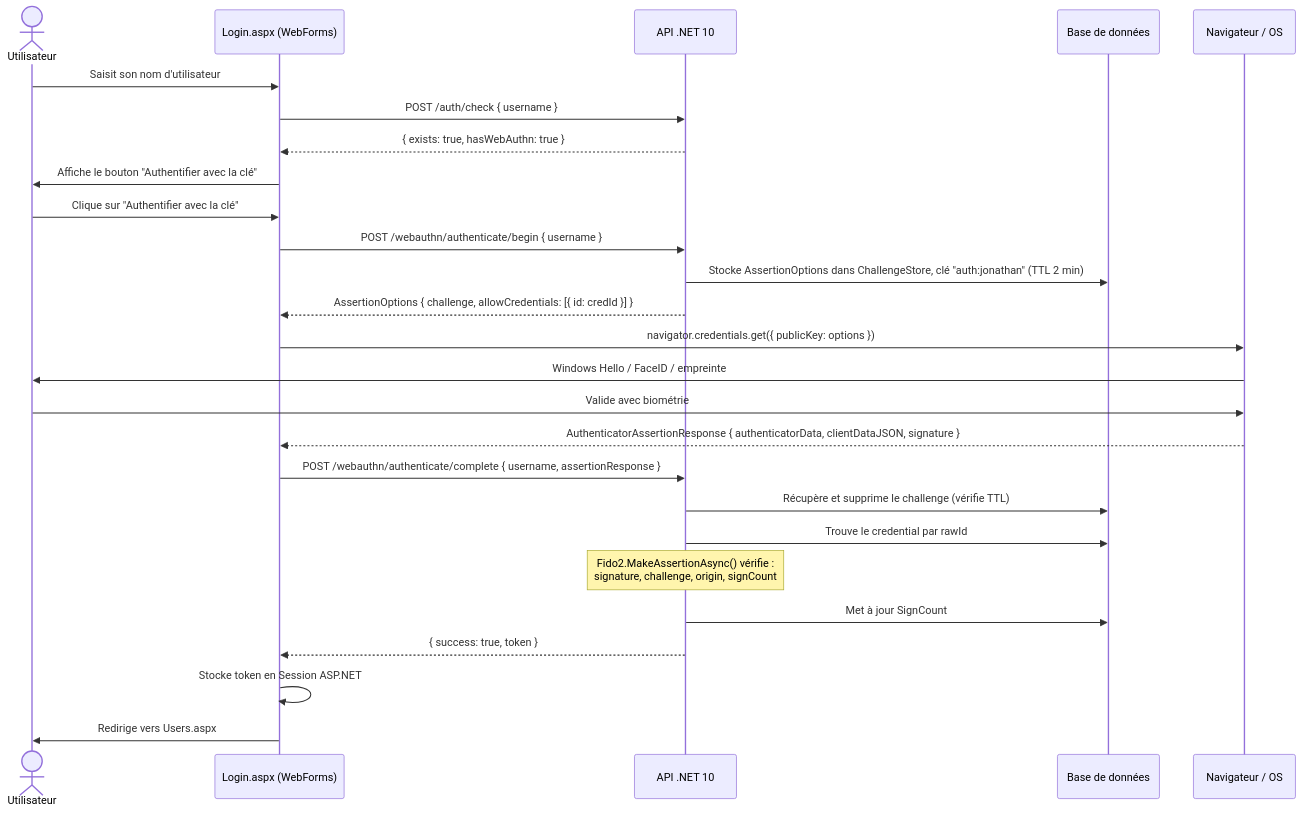
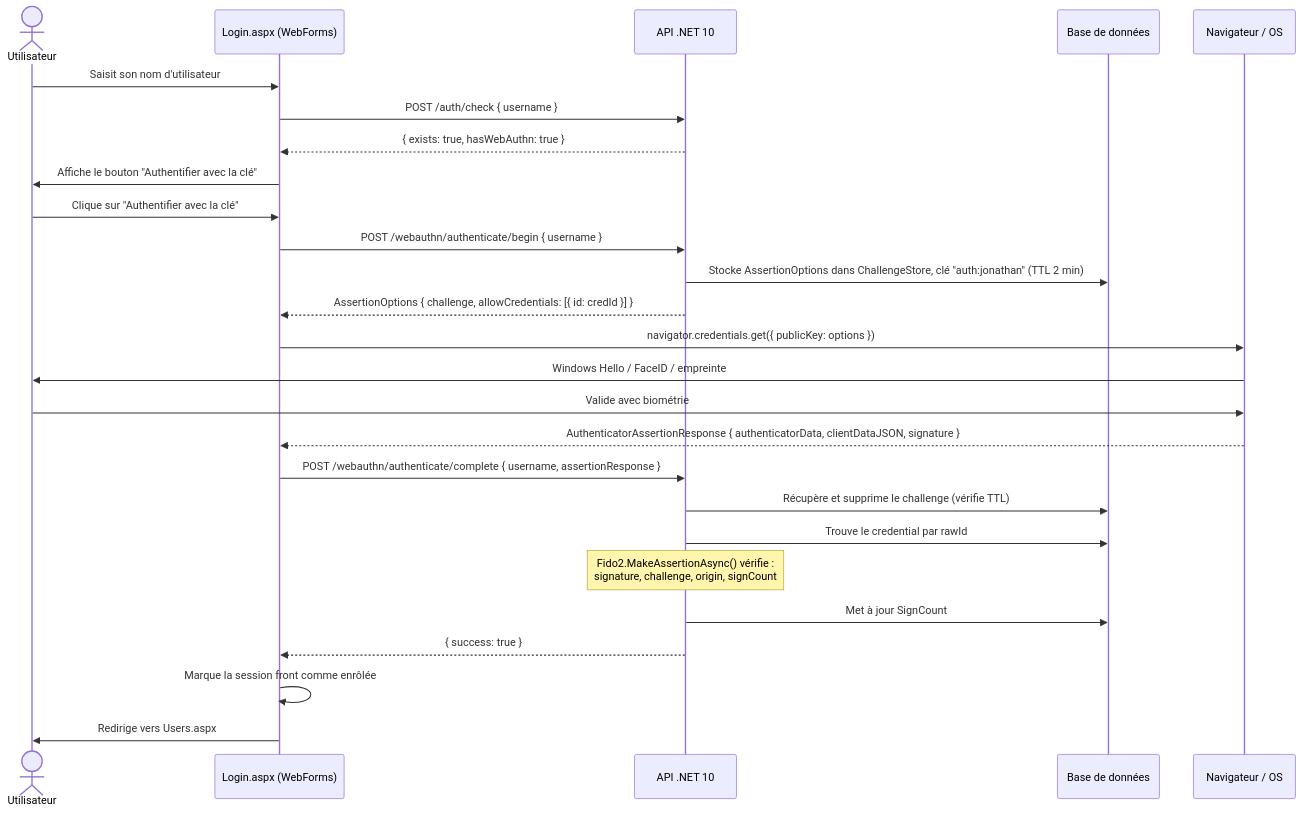
The third of 6 diagrams in Documentation/documentation.md (FantasticJoho/authentest), drawn with Mermaid before and after one commit. The commit also changed other lines of this file and 11 other files, not shown here.

Commit message:
refactor: remove SessionStore dependency and update authentication flow to use username instead of session tokens

````diff
--- a/Documentation/documentation.md
+++ b/Documentation/documentation.md
@@ -115,32 +115,32 @@
 ```mermaid
 sequenceDiagram
     actor U as Utilisateur
     participant W as Login.aspx (WebForms)
     participant A as API .NET 10
     participant DB as Base de données
     participant OS as Navigateur / OS
 
     U->>W: Saisit son nom d'utilisateur
     W->>A: POST /auth/check { username }
     A-->>W: { exists: true, hasWebAuthn: true }
     W->>U: Affiche le bouton "Authentifier avec la clé"
 
     U->>W: Clique sur "Authentifier avec la clé"
     W->>A: POST /webauthn/authenticate/begin { username }
     A->>DB: Stocke AssertionOptions dans ChallengeStore, clé "auth:jonathan" (TTL 2 min)
     A-->>W: AssertionOptions { challenge, allowCredentials: [{ id: credId }] }
 
     W->>OS: navigator.credentials.get({ publicKey: options })
     OS->>U: Windows Hello / FaceID / empreinte
     U->>OS: Valide avec biométrie
     OS-->>W: AuthenticatorAssertionResponse { authenticatorData, clientDataJSON, signature }
 
     W->>A: POST /webauthn/authenticate/complete { username, assertionResponse }
     A->>DB: Récupère et supprime le challenge (vérifie TTL)
     A->>DB: Trouve le credential par rawId
     Note over A: Fido2.MakeAssertionAsync() vérifie :<br/>signature, challenge, origin, signCount
     A->>DB: Met à jour SignCount
-    A-->>W: { success: true, token }
-    W->>W: Stocke token en Session ASP.NET
+    A-->>W: { success: true }
+    W->>W: Marque la session front comme enrôlée
     W->>U: Redirige vers Users.aspx
 ```
````
